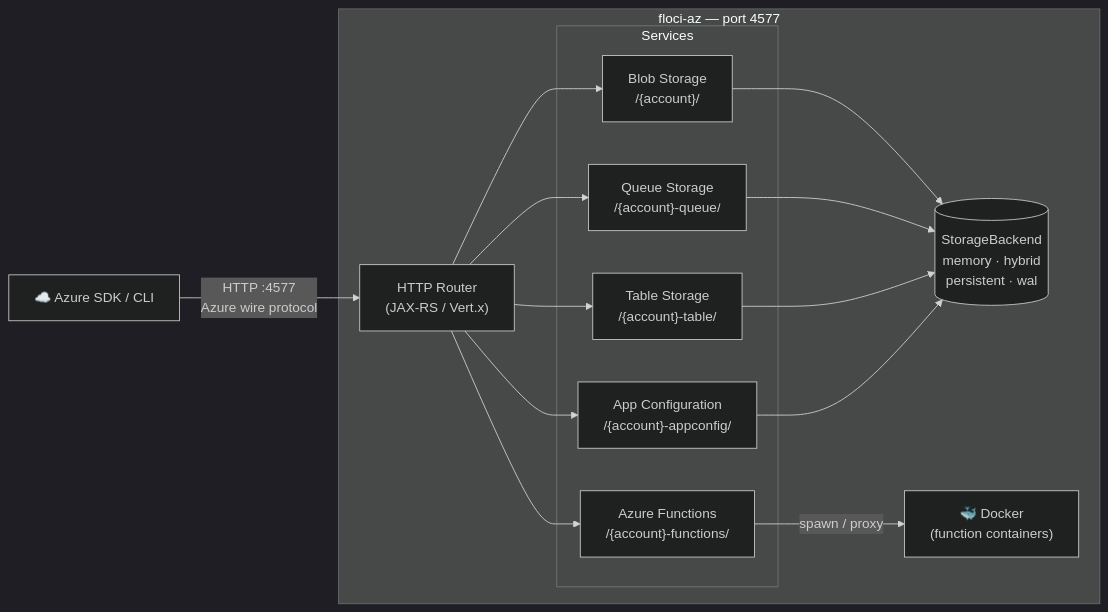
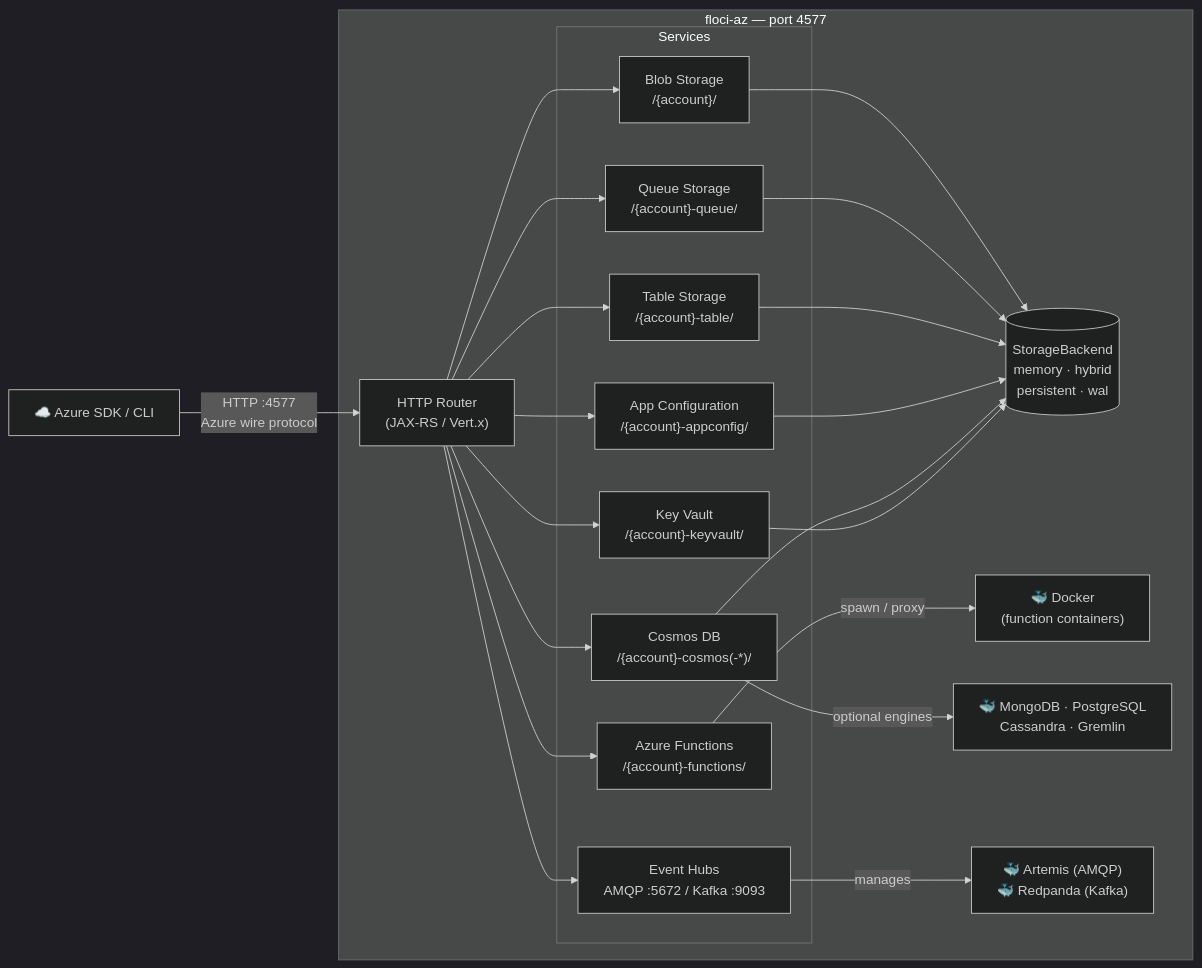
Before and after one commit to floci-io/floci-az: the diagram in docs/index.md, drawn with Mermaid (dark theme). The commit also changed other lines of this file and 3 other files, not shown here.

First line of the commit message:
docs(core): Add Cosmos DB (all APIs), Key Vault, and Event Hubs

````diff
--- a/docs/index.md
+++ b/docs/index.md
@@ -31,26 +35,34 @@
 ```mermaid
 flowchart LR
     Client["☁️ Azure SDK / CLI"]
 
     subgraph floci-az ["floci-az — port 4577"]
         Router["HTTP Router\n(JAX-RS / Vert.x)"]
 
         subgraph Services ["Services"]
             A["Blob Storage\n/{account}/"]
             B["Queue Storage\n/{account}-queue/"]
             C["Table Storage\n/{account}-table/"]
             D["Azure Functions\n/{account}-functions/"]
             E["App Configuration\n/{account}-appconfig/"]
+            F["Cosmos DB\n/{account}-cosmos(-*)/"]
+            G["Key Vault\n/{account}-keyvault/"]
+            H["Event Hubs\nAMQP :5672 / Kafka :9093"]
         end
 
         Router --> A
         Router --> B
         Router --> C
         Router --> D
         Router --> E
-        A & B & C & E --> Store[("StorageBackend\nmemory · hybrid\npersistent · wal")]
+        Router --> F
+        Router --> G
+        Router --> H
+        A & B & C & E & F & G --> Store[("StorageBackend\nmemory · hybrid\npersistent · wal")]
         D -->|"spawn / proxy"| Docker["🐳 Docker\n(function containers)"]
+        F -->|"optional engines"| DockerEngines["🐳 MongoDB · PostgreSQL\nCassandra · Gremlin"]
+        H -->|"manages"| Sidecars["🐳 Artemis (AMQP)\n🐳 Redpanda (Kafka)"]
     end
 
     Client -->|"HTTP :4577\nAzure wire protocol"| Router
 ```
````
